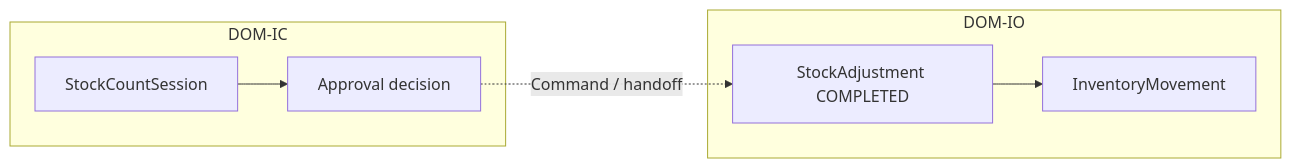
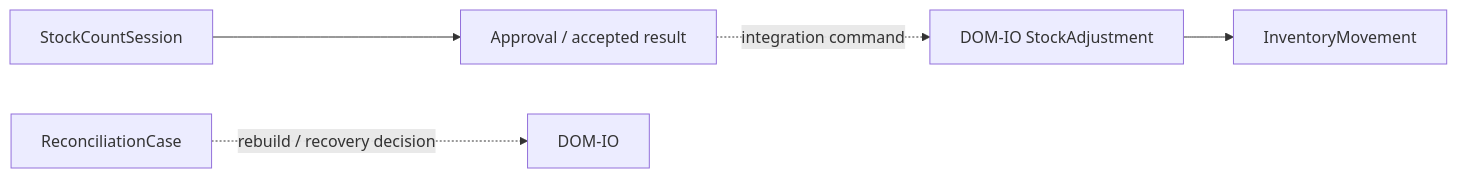
The first of 4 diagrams in specs/themes/theme-07/02.specification/domain/domain-foundation/DOM-IC.md (DsChien102/erp-sales-inventory), drawn with Mermaid before and after one commit. The commit also changed other lines of this file and 4136 other files, not shown here.

````diff
--- a/specs/themes/theme-07/02.specification/domain/domain-foundation/DOM-IC.md
+++ b/specs/themes/theme-07/02.specification/domain/domain-foundation/DOM-IC.md
@@ -66,14 +46,7 @@
 ```mermaid
 flowchart LR
-    subgraph IC [DOM-IC]
-        Count["StockCountSession"]
-        Approve["Approval decision"]
-        Count --> Approve
-    end
-    subgraph IO [DOM-IO]
-        Adj["StockAdjustment COMPLETED"]
-        Mv["InventoryMovement"]
-        Adj --> Mv
-    end
-    Approve -.->|"Command / handoff"| Adj
+    Count["StockCountSession"] --> Decision["Approval / accepted result"]
+    Decision -.->|integration command| Adj["DOM-IO StockAdjustment"]
+    Adj --> QtyLedger["InventoryMovement"]
+    Reconcile["ReconciliationCase"] -.->|rebuild / recovery decision| IO[DOM-IO]
 ```
````
